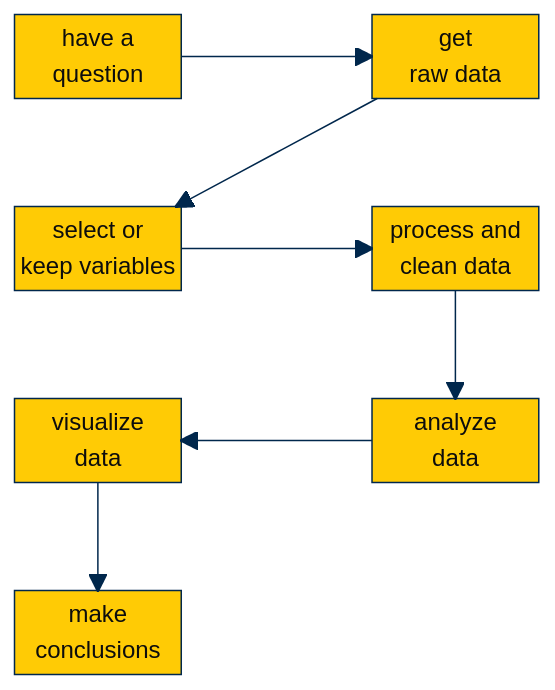
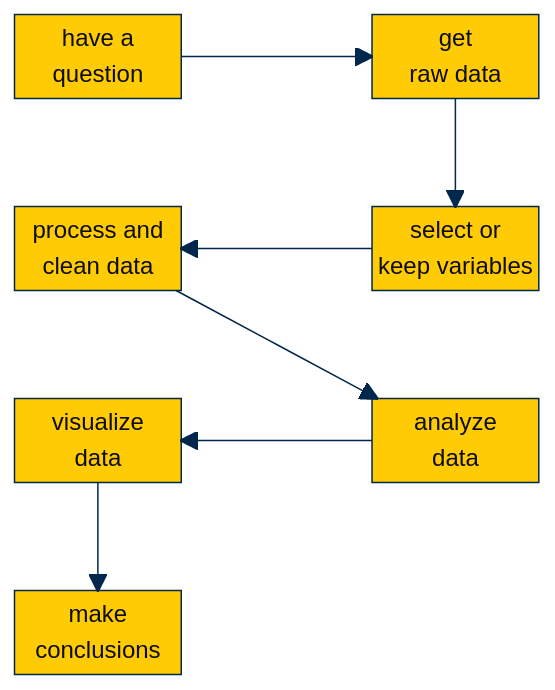
One commit to agrogan1/Stata changed the diagram in do-files/README.md. Above: the diagram before and after it, drawn with Mermaid.

````diff
--- a/do-files/README.md
+++ b/do-files/README.md
@@ -3,34 +3,34 @@
 ```mermaid
 %%{
   init: {
     'theme': 'base',
     'look': 'handDrawn',
     'themeVariables': {
       'primaryColor': '#FFCB05',
       'primaryTextColor': '#000000',
       'primaryBorderColor': '#00274C',
       'lineColor': '#00274C',
       'secondaryColor': '#00274C',
       'secondaryTextColor': '#000000',
       'tertiaryColor': '#F2F2F2',
       'tertiaryBorderColor': '#00274C'
     }
   }
 }%%
 block-beta
    columns 3
    A["have a <br>question"] space B["get <br> raw data"]
    space space space 
-   C["select or <br>keep variables"] space D["process and <br>clean data"]
+   D["process and <br>clean data"] space  C["select or <br>keep variables"]
    space space space 
    F["visualize <br>data"] space E["analyze <br>data"]  
    space space space 
    G["make <br>conclusions"] space space 
 
    A --> B
    B --> C
    C --> D
    D --> E
    E --> F
    F --> G
 ```
````
